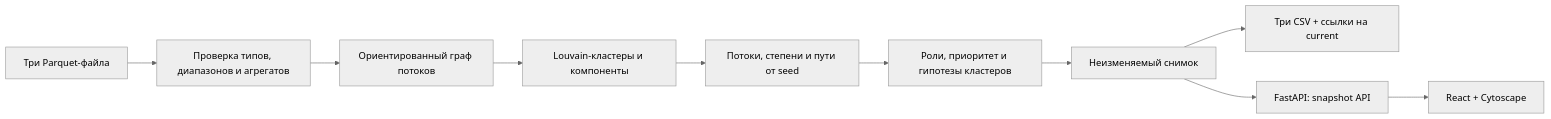
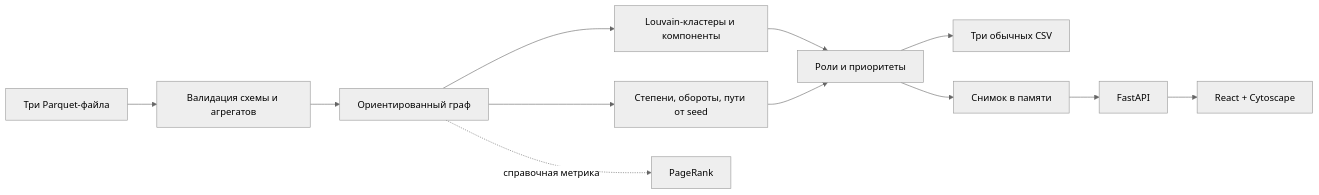
The diagram in docs/architecture.md (BAITC-Hacks/hack-6fcd7f48-agentforge), drawn with Mermaid (neutral theme) before and after one commit. The commit also changed other lines of this file and 22 other files, not shown here.

````diff
--- a/docs/architecture.md
+++ b/docs/architecture.md
@@ -5,12 +5,14 @@
 ```mermaid
 flowchart LR
-    P[Три Parquet-файла] --> V[Проверка типов, диапазонов и агрегатов]
-    V --> G[Ориентированный граф потоков]
+    P[Три Parquet-файла] --> V[Валидация схемы и агрегатов]
+    V --> G[Ориентированный граф]
     G --> C[Louvain-кластеры и компоненты]
-    C --> M[Потоки, степени и пути от seed]
-    M --> R[Роли, приоритет и гипотезы кластеров]
-    R --> S[Неизменяемый снимок]
-    S --> CSV[Три CSV + ссылки на current]
-    S --> API[FastAPI: snapshot API]
+    G --> M[Степени, обороты, пути от seed]
+    G -. справочная метрика .-> PR[PageRank]
+    C --> R[Роли и приоритеты]
+    M --> R
+    R --> CSV[Три обычных CSV]
+    R --> S[Снимок в памяти]
+    S --> API[FastAPI]
     API --> UI[React + Cytoscape]
 ```
````
